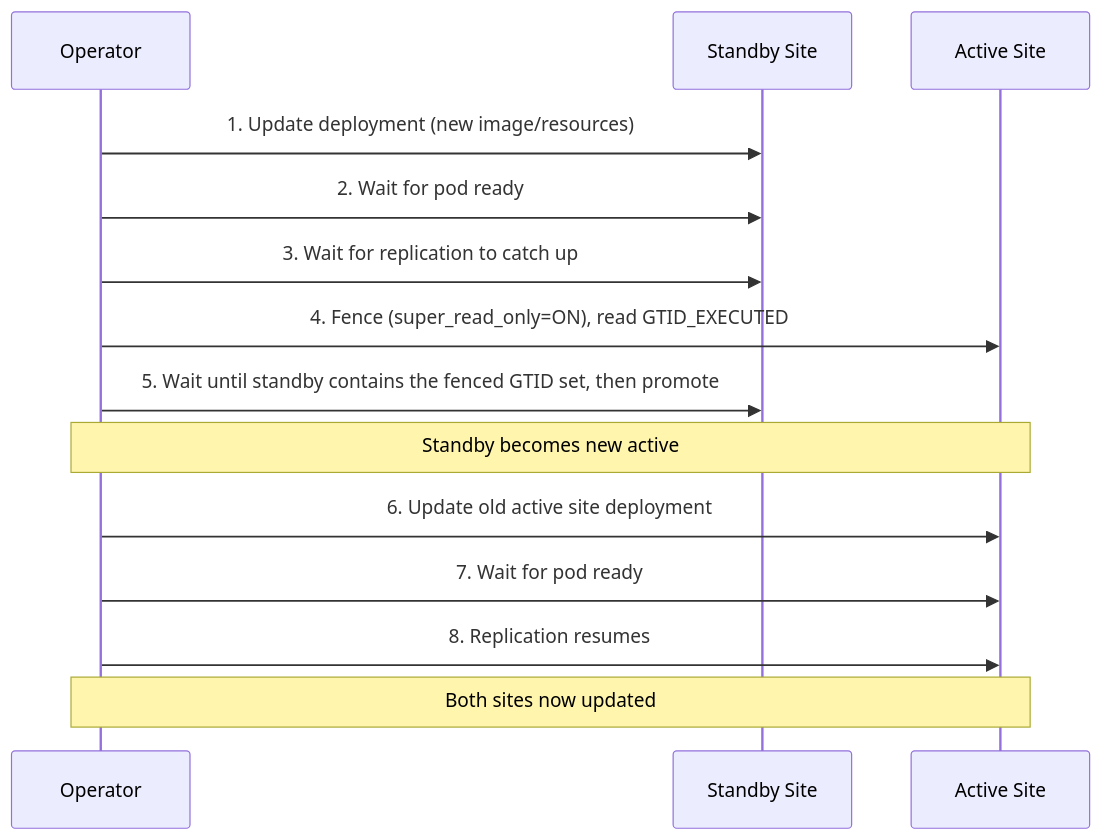
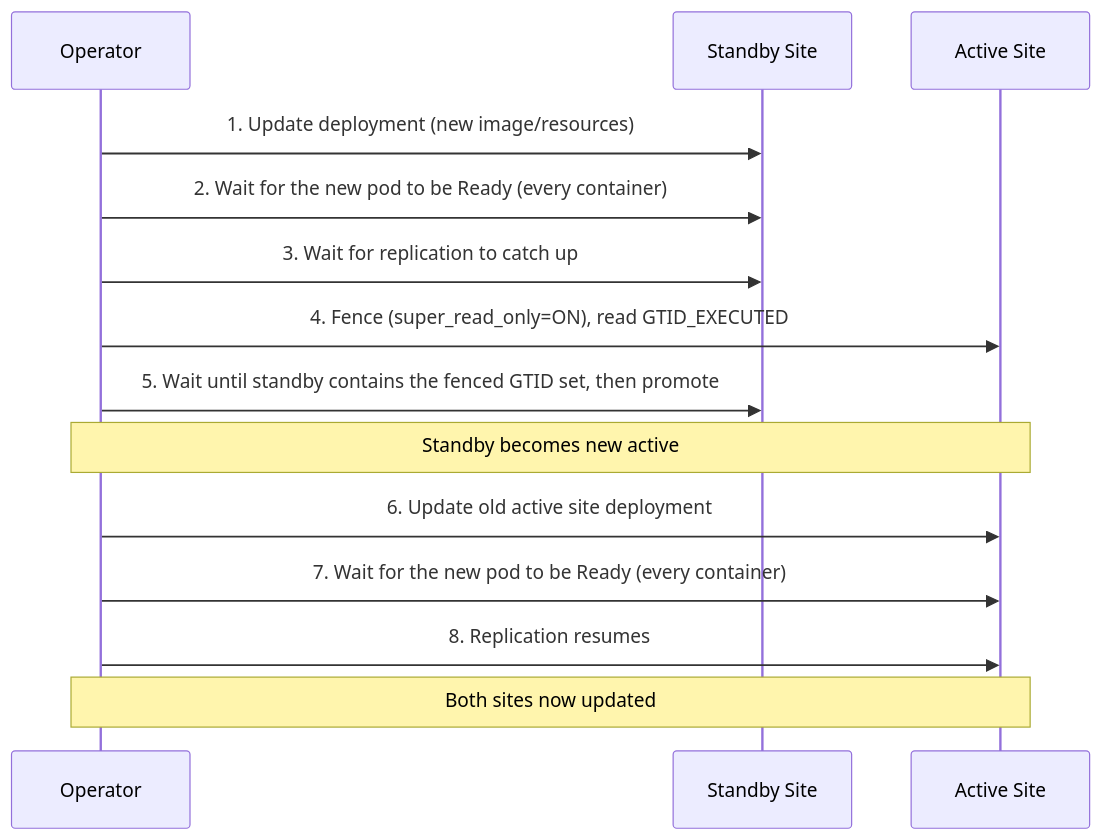
One commit to ShipStream/bloodraven changed the second of 2 diagrams in site/content/docs/6.operations/6.failover.md. Above: the diagram before and after it, drawn with Mermaid. The commit also changed other lines of this file and 24 other files, not shown here.

````diff
--- a/site/content/docs/6.operations/6.failover.md
+++ b/site/content/docs/6.operations/6.failover.md
@@ -463,17 +463,17 @@
 ```mermaid
 sequenceDiagram
     participant Op as Operator
     participant Standby as Standby Site
     participant Active as Active Site
 
     Op->>Standby: 1. Update deployment (new image/resources)
-    Op->>Standby: 2. Wait for pod ready
+    Op->>Standby: 2. Wait for the new pod to be Ready (every container)
     Op->>Standby: 3. Wait for replication to catch up
     Op->>Active: 4. Fence (super_read_only=ON), read GTID_EXECUTED
     Op->>Standby: 5. Wait until standby contains the fenced GTID set, then promote
     Note over Op,Active: Standby becomes new active
     Op->>Active: 6. Update old active site deployment
-    Op->>Active: 7. Wait for pod ready
+    Op->>Active: 7. Wait for the new pod to be Ready (every container)
     Op->>Active: 8. Replication resumes
     Note over Op,Active: Both sites now updated
 ```
````
